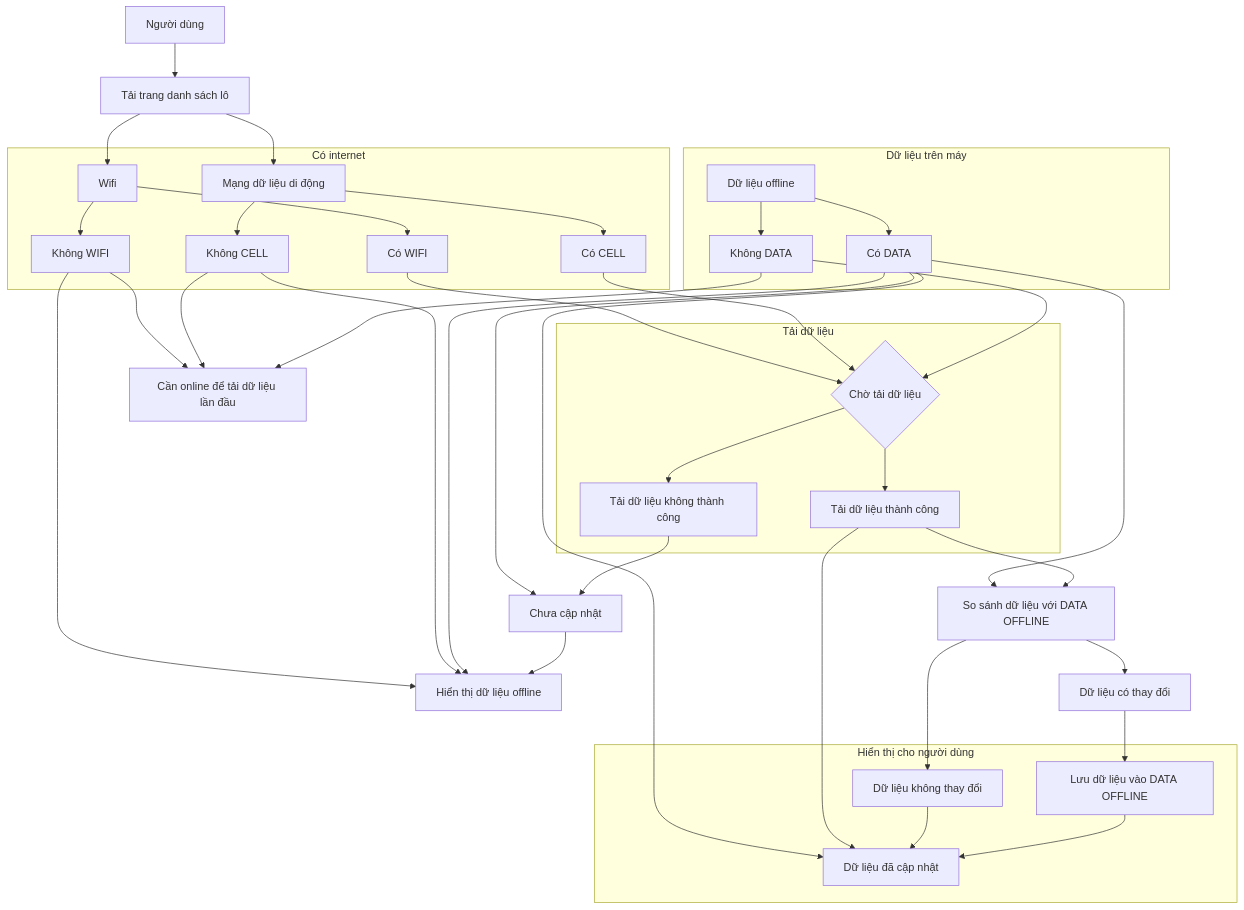
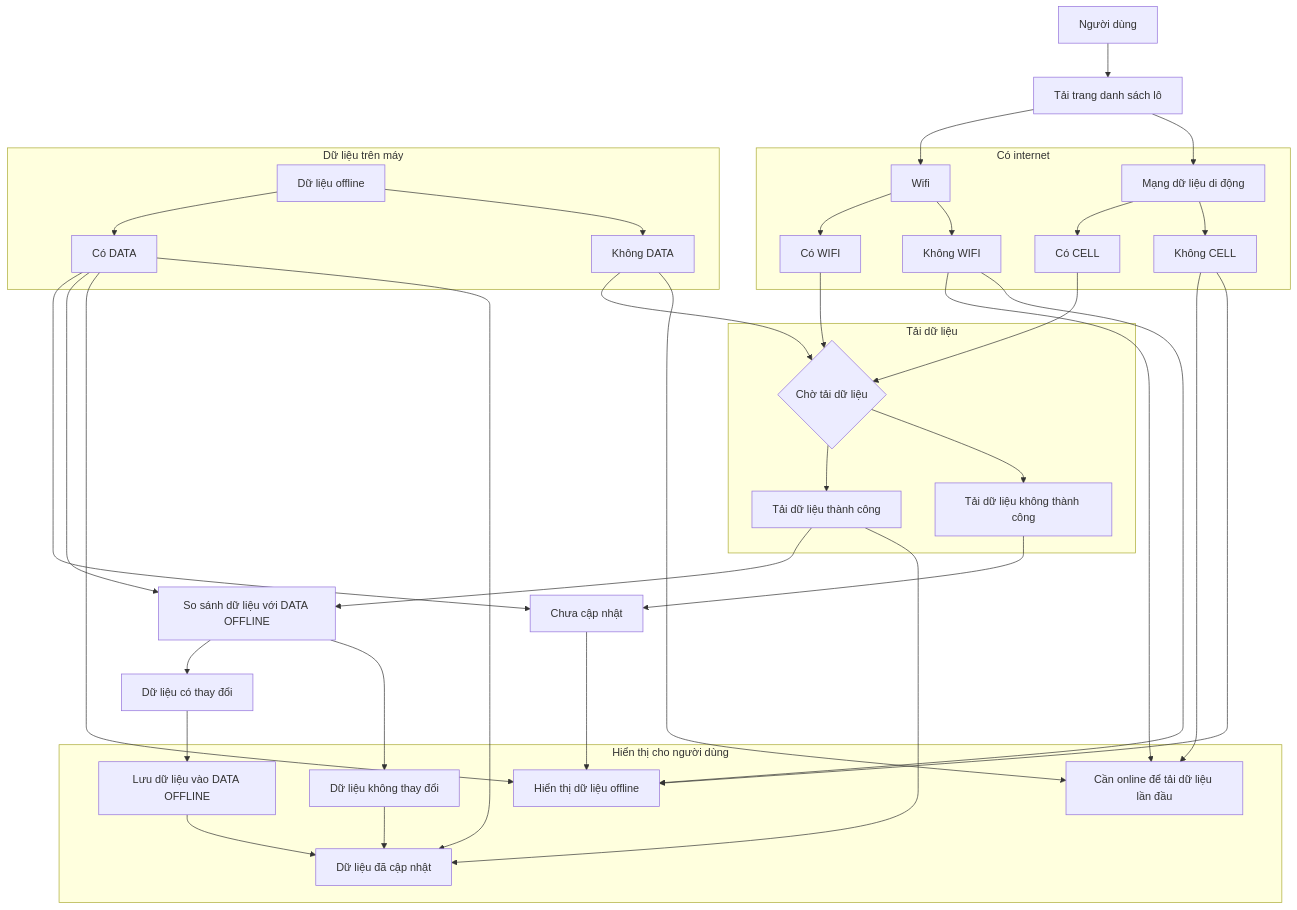
Before and after one commit to trethanhphat/tre-thanh-phat-pwa-docs: the diagram in docs/batches-flow.md, drawn with Mermaid.

```diff
--- a/docs/batches-flow.md
+++ b/docs/batches-flow.md
@@ -34,21 +34,13 @@
 
 
 
-EMPTY["Cần online để tải dữ liệu lần đầu"]
-
-WIFI-N --> EMPTY
-CELL-N --> EMPTY
-DATA-N --> EMPTY
 
 
 
 
 
-OFFLINE["Hiển thị dữ liệu offline"]
 
-WIFI-N --> OFFLINE
-CELL-N --> OFFLINE
-DATA-Y --> OFFLINE
+
 
 
 
@@ -89,6 +81,16 @@
 
 
 subgraph DISPLAY["Hiển thị cho người dùng"]
+EMPTY["Cần online để tải dữ liệu lần đầu"]
+    WIFI-N --> EMPTY
+    CELL-N --> EMPTY
+    DATA-N --> EMPTY
+
+OFFLINE["Hiển thị dữ liệu offline"]
+    WIFI-N --> OFFLINE
+    CELL-N --> OFFLINE
+    DATA-Y --> OFFLINE
+
 SUCCESS["Dữ liệu đã cập nhật"]
     DATA-Y --> SUCCESS
     FETCH-Y --> SUCCESS
```
